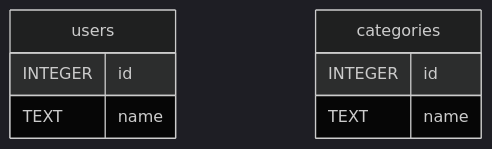
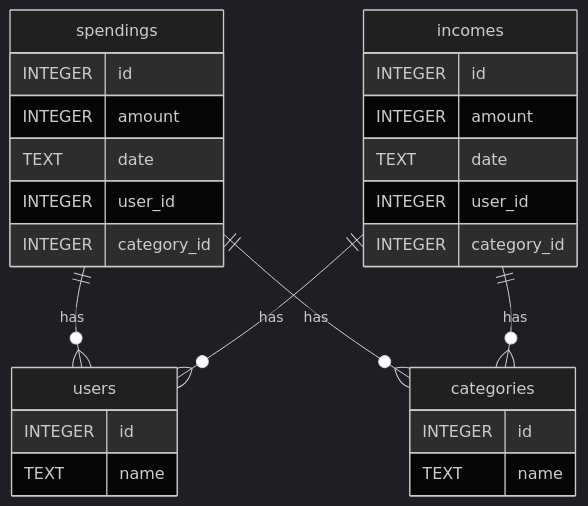
Before and after one commit to michonchy/housekeeping-book-APP: the diagram in doc/er.md, drawn with Mermaid (dark theme).

Commit message:
支出と収入のテーブルを追加した

````diff
--- a/doc/er.md
+++ b/doc/er.md
@@ -1,13 +1,34 @@
 ```mermaid
 erDiagram
 
 users {
     INTEGER id
     TEXT name
 }
 
 categories {
     INTEGER id
     TEXT name
 }
+
+spendings {
+    INTEGER id
+    INTEGER amount
+    TEXT date
+    INTEGER user_id
+    INTEGER category_id
+}
+spendings ||--o{ users : has
+spendings ||--o{ categories : has
+
+incomes {
+    INTEGER id
+    INTEGER amount
+    TEXT date
+    INTEGER user_id
+    INTEGER category_id
+}
+incomes ||--o{ users : has
+incomes ||--o{ categories : has
+
 ```
````
